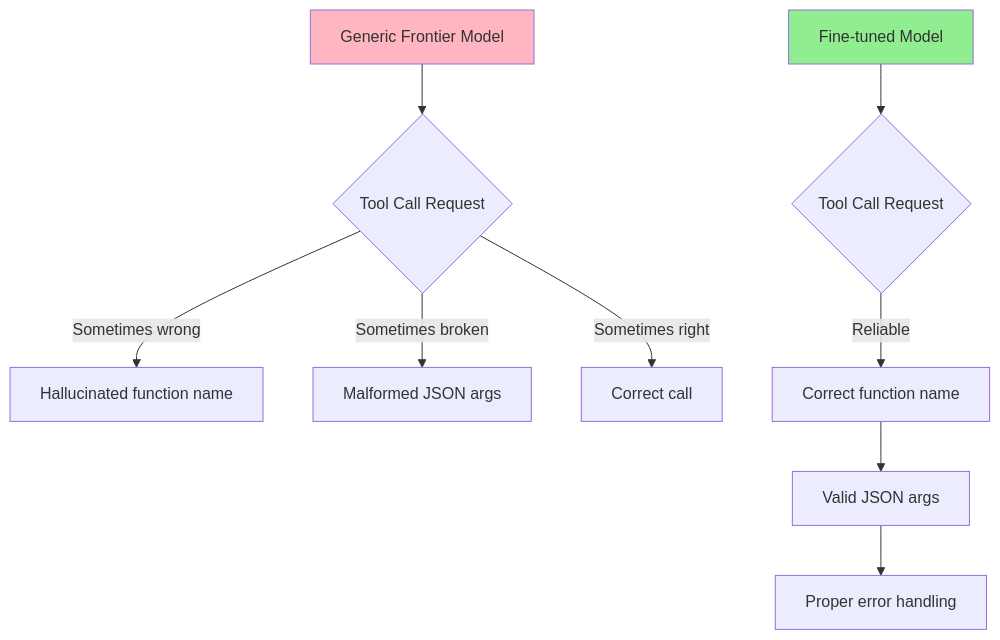
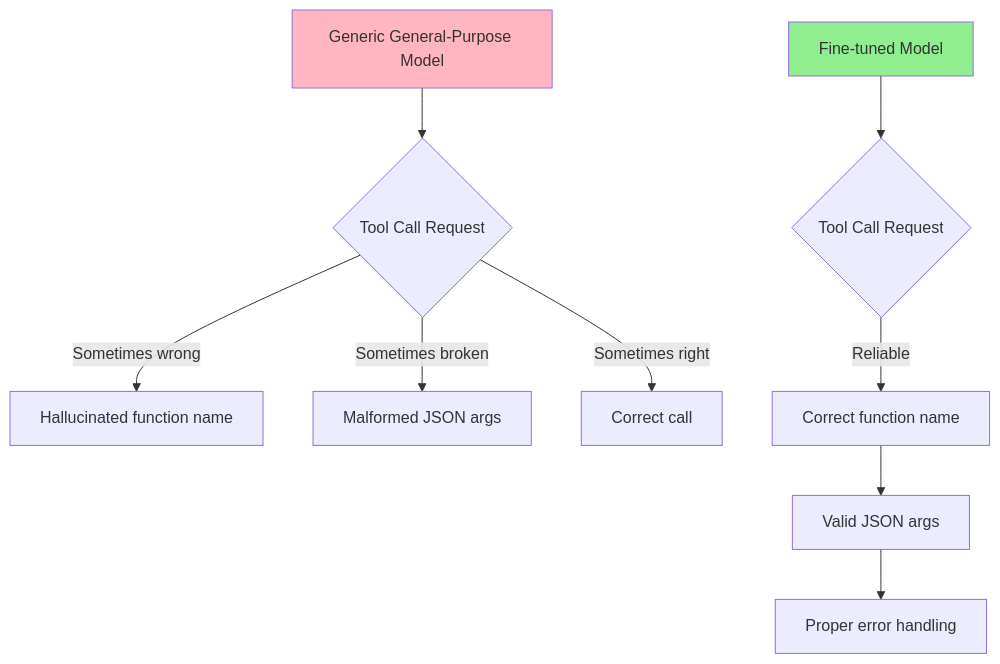
The first of 4 diagrams in Phase_6_Advanced_Finetuning/Day_080_finetuning_agentic/finetuning_agentic.md (akshkr/akashnotes), drawn with Mermaid before and after one commit. The commit also changed other lines of this file and 95 other files, not shown here.

````diff
--- a/Phase_6_Advanced_Finetuning/Day_080_finetuning_agentic/finetuning_agentic.md
+++ b/Phase_6_Advanced_Finetuning/Day_080_finetuning_agentic/finetuning_agentic.md
@@ -11,15 +11,15 @@
 ```mermaid
 flowchart TD
-    A["Generic Frontier Model"] --> B{"Tool Call Request"}
+    A["Generic General-Purpose Model"] --> B{"Tool Call Request"}
     B -->|"Sometimes wrong"| C["Hallucinated function name"]
     B -->|"Sometimes broken"| D["Malformed JSON args"]
     B -->|"Sometimes right"| E["Correct call"]
 
     F["Fine-tuned Model"] --> G{"Tool Call Request"}
     G -->|"Reliable"| H["Correct function name"]
     H --> I["Valid JSON args"]
     I --> J["Proper error handling"]
 
     style F fill:#90EE90
     style A fill:#FFB6C1
 ```
````
